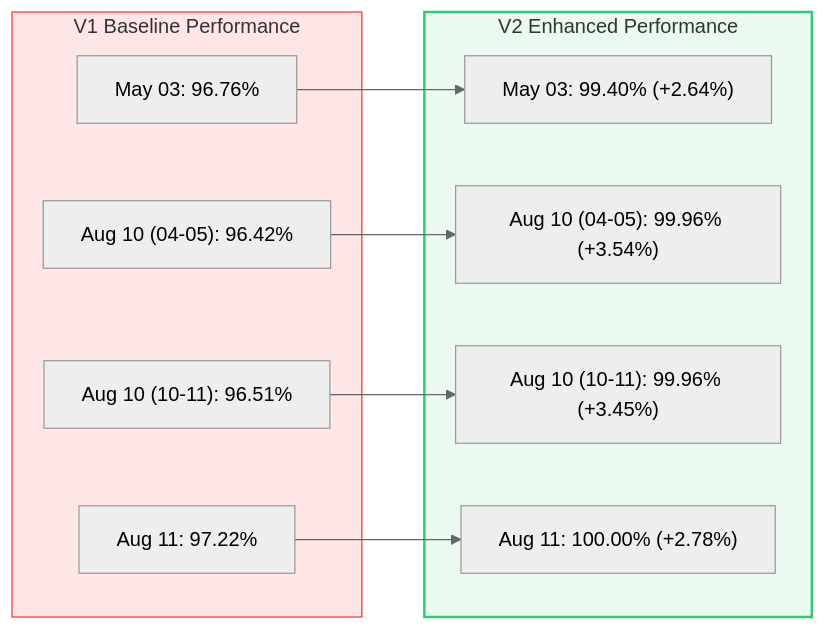
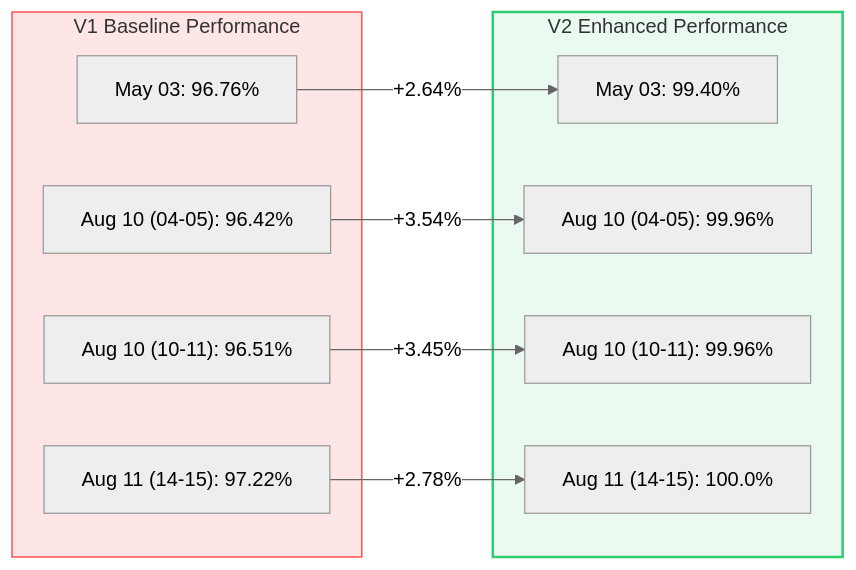
Before and after one commit to NeelmaniR-Useready/PolarDocs: the third of 4 diagrams in Reports/Final_Report.md, drawn with Mermaid (neutral theme). The commit also changed other lines of this file and 5 other files, not shown here.

Commit message:
Fix Mermaid chart syntax and pie chart rendering across all validation reports and Final_Report

````diff
--- a/Reports/Final_Report.md
+++ b/Reports/Final_Report.md
@@ -52,24 +68,24 @@
 ```mermaid
 graph LR
     subgraph V1 ["V1 Baseline Performance"]
         V1_May["May 03: 96.76%"]
         V1_Aug10a["Aug 10 (04-05): 96.42%"]
         V1_Aug10b["Aug 10 (10-11): 96.51%"]
-        V1_Aug11["Aug 11: 97.22%"]
+        V1_Aug11["Aug 11 (14-15): 97.22%"]
     end
 
     subgraph V2 ["V2 Enhanced Performance"]
-        V2_May["May 03: 99.40% (+2.64%)"]
-        V2_Aug10a["Aug 10 (04-05): 99.96% (+3.54%)"]
-        V2_Aug10b["Aug 10 (10-11): 99.96% (+3.45%)"]
-        V2_Aug11["Aug 11: 100.00% (+2.78%)"]
+        V2_May["May 03: 99.40%"]
+        V2_Aug10a["Aug 10 (04-05): 99.96%"]
+        V2_Aug10b["Aug 10 (10-11): 99.96%"]
+        V2_Aug11["Aug 11 (14-15): 100.0%"]
     end
 
-    V1_May --> V2_May
-    V1_Aug10a --> V2_Aug10a
-    V1_Aug10b --> V2_Aug10b
-    V1_Aug11 --> V2_Aug11
+    V1_May -->|"+2.64%"| V2_May
+    V1_Aug10a -->|"+3.54%"| V2_Aug10a
+    V1_Aug10b -->|"+3.45%"| V2_Aug10b
+    V1_Aug11 -->|"+2.78%"| V2_Aug11
 
-    style V1 fill:#ffe6e6,stroke:#ff3333,stroke-width:1px;
-    style V2 fill:#eafaf1,stroke:#2ecc71,stroke-width:2px;
+    style V1 fill:#ffe6e6,stroke:#ff3333,stroke-width:1px
+    style V2 fill:#eafaf1,stroke:#2ecc71,stroke-width:2px
 ```
````
